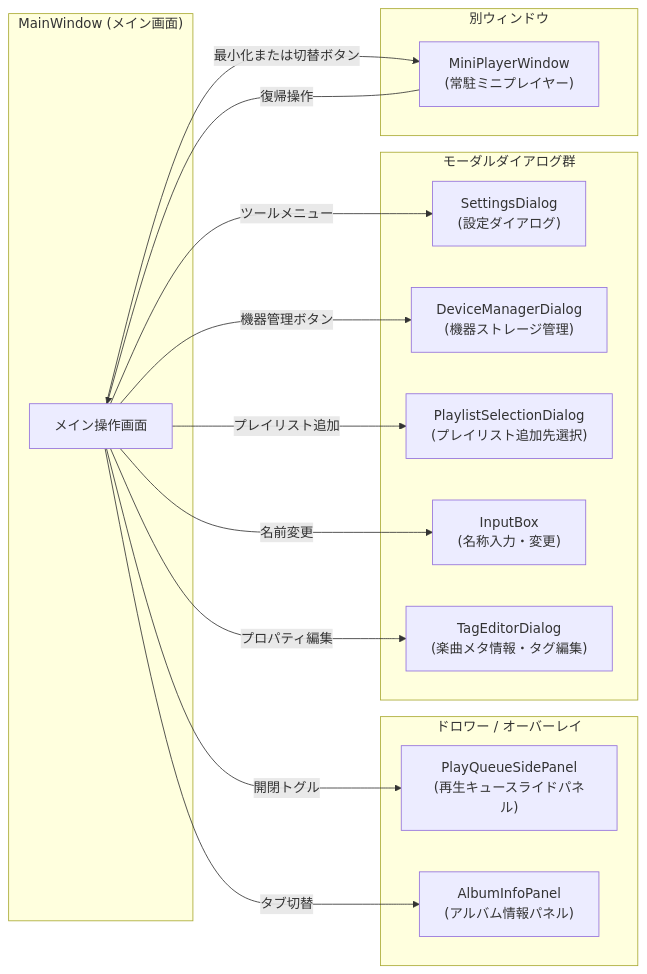
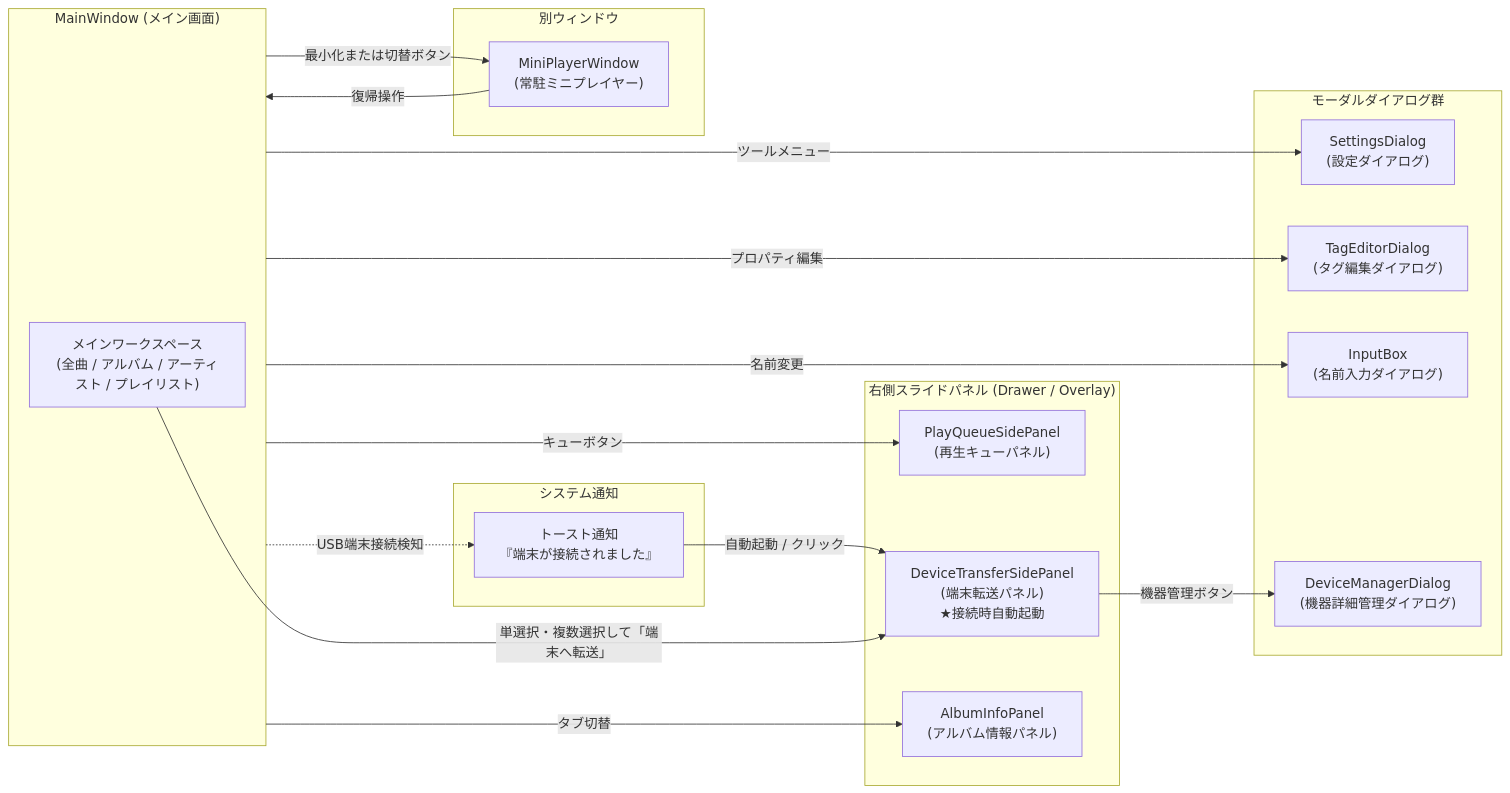
One commit to taketonnbo/Audio_Effector changed the second of 2 diagrams in 設計/画面設計/画面遷移・ナビゲーション設計書.md. Above: the diagram before and after it, drawn with Mermaid. The commit also changed other lines of this file and 3 other files, not shown here.

````diff
--- a/設計/画面設計/画面遷移・ナビゲーション設計書.md
+++ b/設計/画面設計/画面遷移・ナビゲーション設計書.md
@@ -99,38 +129,48 @@
 ```mermaid
 flowchart LR
     subgraph MainWindow["MainWindow (メイン画面)"]
-        MainUI["メイン操作画面"]
+        MainWorkspace["メインワークスペース<br>(全曲 / アルバム / アーティスト / プレイリスト)"]
     end
 
-    subgraph Overlays["ドロワー / オーバーレイ"]
-        QueuePanel["PlayQueueSidePanel<br>(再生キュースライドパネル)"]
+    subgraph RightPanels["右側スライドパネル (Drawer / Overlay)"]
+        QueuePanel["PlayQueueSidePanel<br>(再生キューパネル)"]
+        DevicePanel["DeviceTransferSidePanel<br>(端末転送パネル)<br>★接続時自動起動"]
         InfoPanel["AlbumInfoPanel<br>(アルバム情報パネル)"]
+    end
+
+    subgraph Notifications["システム通知"]
+        DeviceToast["トースト通知<br>『端末が接続されました』"]
     end
 
     subgraph Modals["モーダルダイアログ群"]
         DlgSettings["SettingsDialog<br>(設定ダイアログ)"]
-        DlgDeviceMgr["DeviceManagerDialog<br>(機器ストレージ管理)"]
-        DlgPlaylistSelect["PlaylistSelectionDialog<br>(プレイリスト追加先選択)"]
-        DlgInputBox["InputBox<br>(名称入力・変更)"]
-        DlgTagEditor["TagEditorDialog<br>(楽曲メタ情報・タグ編集)"]
+        DlgTagEditor["TagEditorDialog<br>(タグ編集ダイアログ)"]
+        DlgInputBox["InputBox<br>(名前入力ダイアログ)"]
+        DlgDeviceMgr["DeviceManagerDialog<br>(機器詳細管理ダイアログ)"]
     end
 
     subgraph SeparateWindows["別ウィンドウ"]
         MiniPlayer["MiniPlayerWindow<br>(常駐ミニプレイヤー)"]
     end
 
+    %% 端末接続イベント
+    MainWindow -.->|USB端末接続検知| DeviceToast
+    DeviceToast -->|自動起動 / クリック| DevicePanel
+
+    %% 楽曲転送投入 (単選択・複数選択)
+    MainWorkspace -->|単選択・複数選択して「端末へ転送」| DevicePanel
+
     %% オーバーレイ開閉
-    MainUI -->|開閉トグル| QueuePanel
-    MainUI -->|タブ切替| InfoPanel
+    MainWindow -->|キューボタン| QueuePanel
+    MainWindow -->|タブ切替| InfoPanel
 
     %% ダイアログ起動
-    MainUI -->|ツールメニュー| DlgSettings
-    MainUI -->|プロパティ編集| DlgTagEditor
-    MainUI -->|プレイリスト追加| DlgPlaylistSelect
-    MainUI -->|名前変更| DlgInputBox
-    MainUI -->|機器管理ボタン| DlgDeviceMgr
+    MainWindow -->|ツールメニュー| DlgSettings
+    MainWindow -->|プロパティ編集| DlgTagEditor
+    MainWindow -->|名前変更| DlgInputBox
+    DevicePanel -->|機器管理ボタン| DlgDeviceMgr
 
-    %% ミニプレイヤー切り替え
-    MainUI -->|最小化または切替ボタン| MiniPlayer
-    MiniPlayer -->|復帰操作| MainUI
+    %% ミニプレイヤー
+    MainWindow -->|最小化または切替ボタン| MiniPlayer
+    MiniPlayer -->|復帰操作| MainWindow
 ```
````
